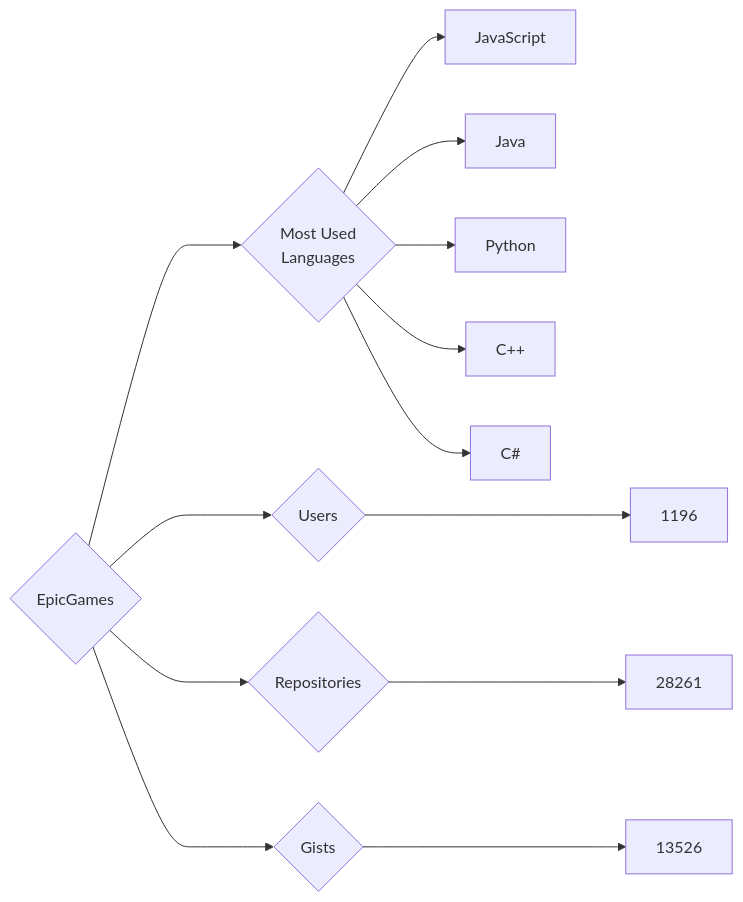
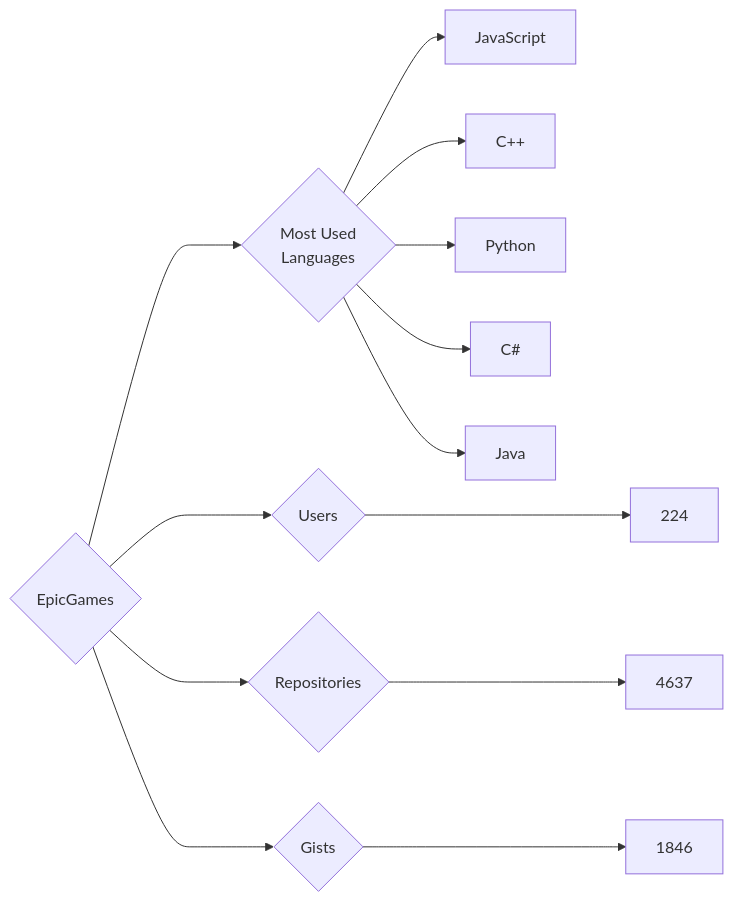
One commit to trickest/insiders changed the diagram in targets/EpicGames/README.md. Above: the diagram before and after it, drawn with Mermaid. The commit also changed 773 other files, not shown here.

````diff
--- a/targets/EpicGames/README.md
+++ b/targets/EpicGames/README.md
@@ -3,13 +3,13 @@
 ```mermaid
 graph LR
 COMPANY_NAME{EpicGames}
-COMPANY_NAME ---> U{Users} ---> UN[1196]
-COMPANY_NAME ---> R{Repositories} ---> RN[28261]
-COMPANY_NAME ---> G{Gists} ---> GN[13526]
+COMPANY_NAME ---> U{Users} ---> UN[224]
+COMPANY_NAME ---> R{Repositories} ---> RN[4637]
+COMPANY_NAME ---> G{Gists} ---> GN[1846]
 COMPANY_NAME ---> ML{Most Used<br>Languages}
 ML --> JavaScript[JavaScript]
+ML --> C++[C++]
+ML --> Python[Python]
+ML --> C#[C#]
 ML --> Java[Java]
-ML --> Python[Python]
-ML --> C++[C++]
-ML --> C#[C#]
 ```
````
